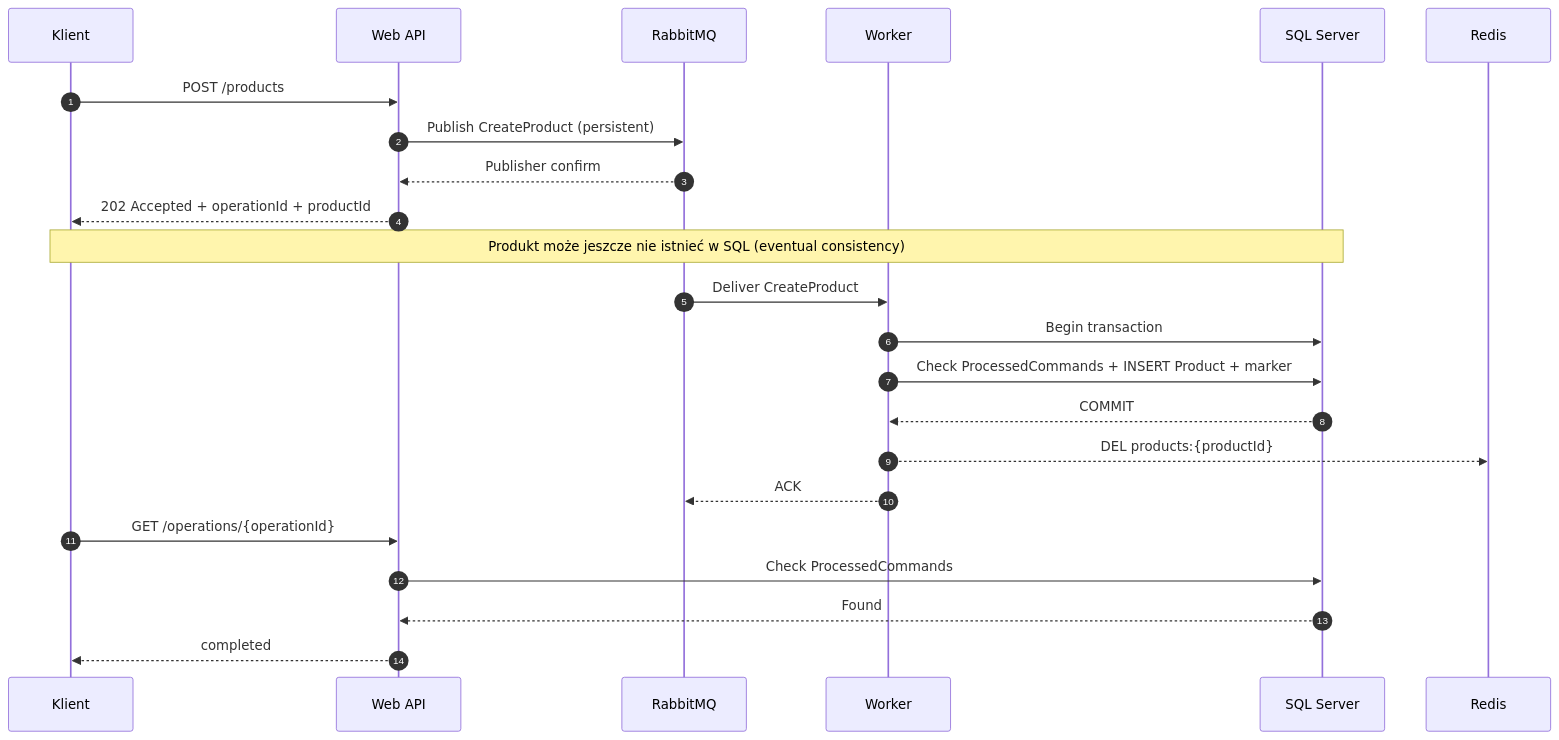
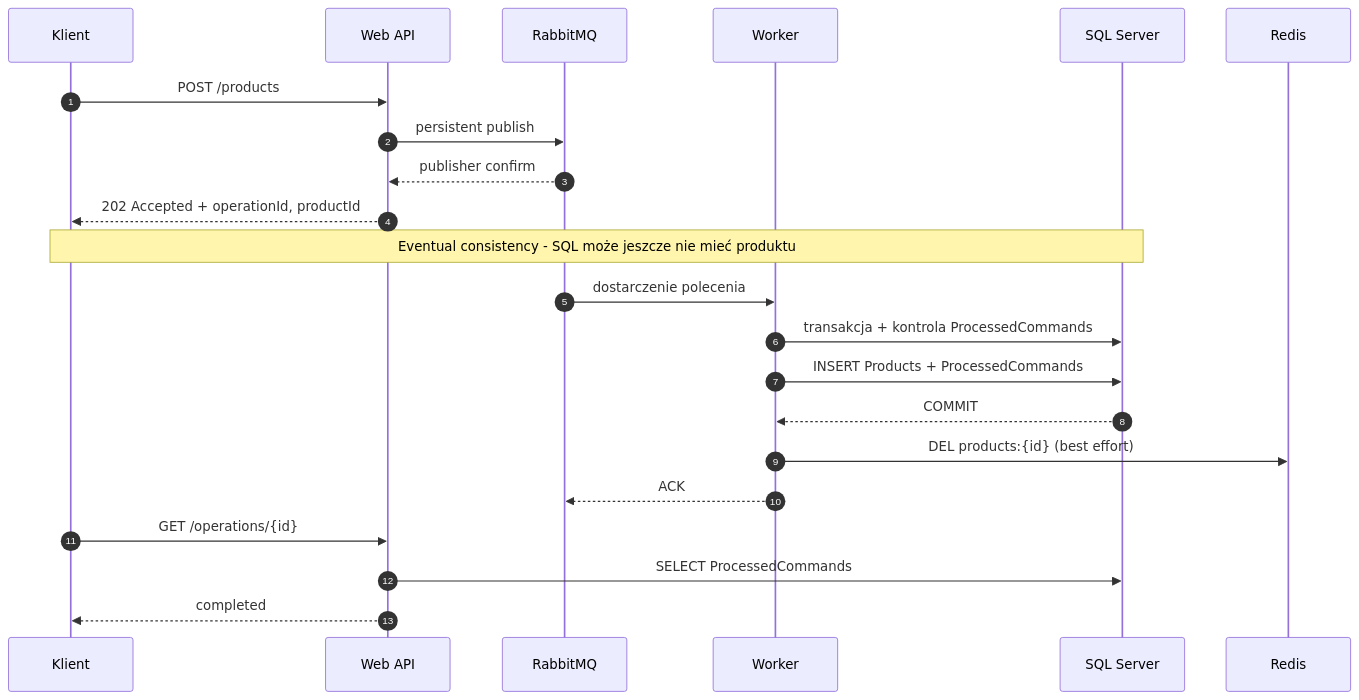
One commit to marcinpytlik/WWSI_CSharp changed the second of 3 diagrams in demonstracje/66_WebApiRabbitRedisSql/README.md. Above: the diagram before and after it, drawn with Mermaid. The commit also changed other lines of this file and 19 other files, not shown here.

````diff
--- a/demonstracje/66_WebApiRabbitRedisSql/README.md
+++ b/demonstracje/66_WebApiRabbitRedisSql/README.md
@@ -45,25 +34,24 @@
 ```mermaid
 sequenceDiagram
     autonumber
     participant C as Klient
     participant A as Web API
     participant Q as RabbitMQ
     participant W as Worker
     participant D as SQL Server
     participant R as Redis
     C->>A: POST /products
-    A->>Q: Publish CreateProduct (persistent)
-    Q-->>A: Publisher confirm
-    A-->>C: 202 Accepted + operationId + productId
-    Note over C,D: Produkt może jeszcze nie istnieć w SQL (eventual consistency)
-    Q->>W: Deliver CreateProduct
-    W->>D: Begin transaction
-    W->>D: Check ProcessedCommands + INSERT Product + marker
+    A->>Q: persistent publish
+    Q-->>A: publisher confirm
+    A-->>C: 202 Accepted + operationId, productId
+    Note over C,D: Eventual consistency - SQL może jeszcze nie mieć produktu
+    Q->>W: dostarczenie polecenia
+    W->>D: transakcja + kontrola ProcessedCommands
+    W->>D: INSERT Products + ProcessedCommands
     D-->>W: COMMIT
-    W-->>R: DEL products:{productId}
+    W->>R: DEL products:{id} (best effort)
     W-->>Q: ACK
-    C->>A: GET /operations/{operationId}
-    A->>D: Check ProcessedCommands
-    D-->>A: Found
+    C->>A: GET /operations/{id}
+    A->>D: SELECT ProcessedCommands
     A-->>C: completed
 ```
````
